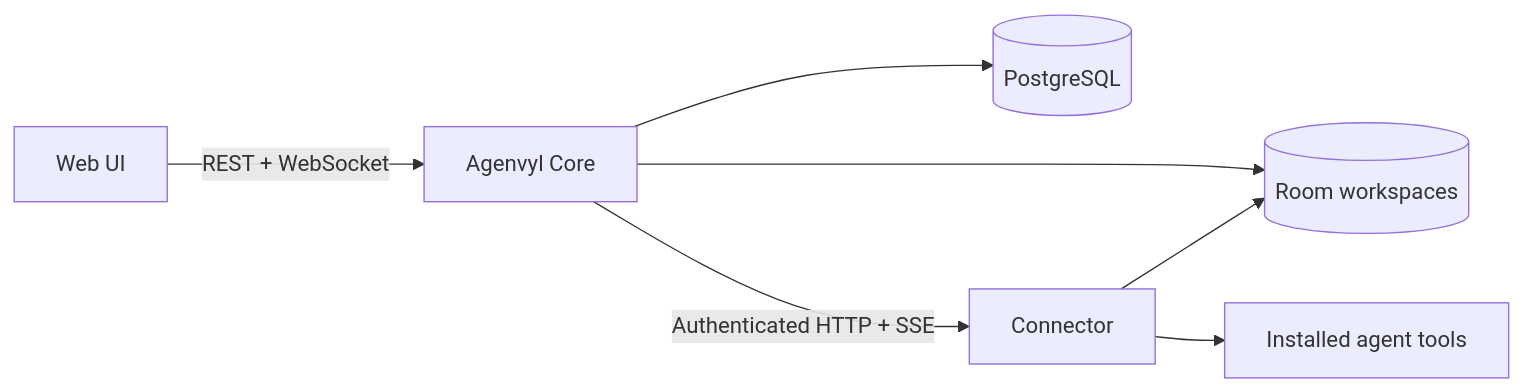
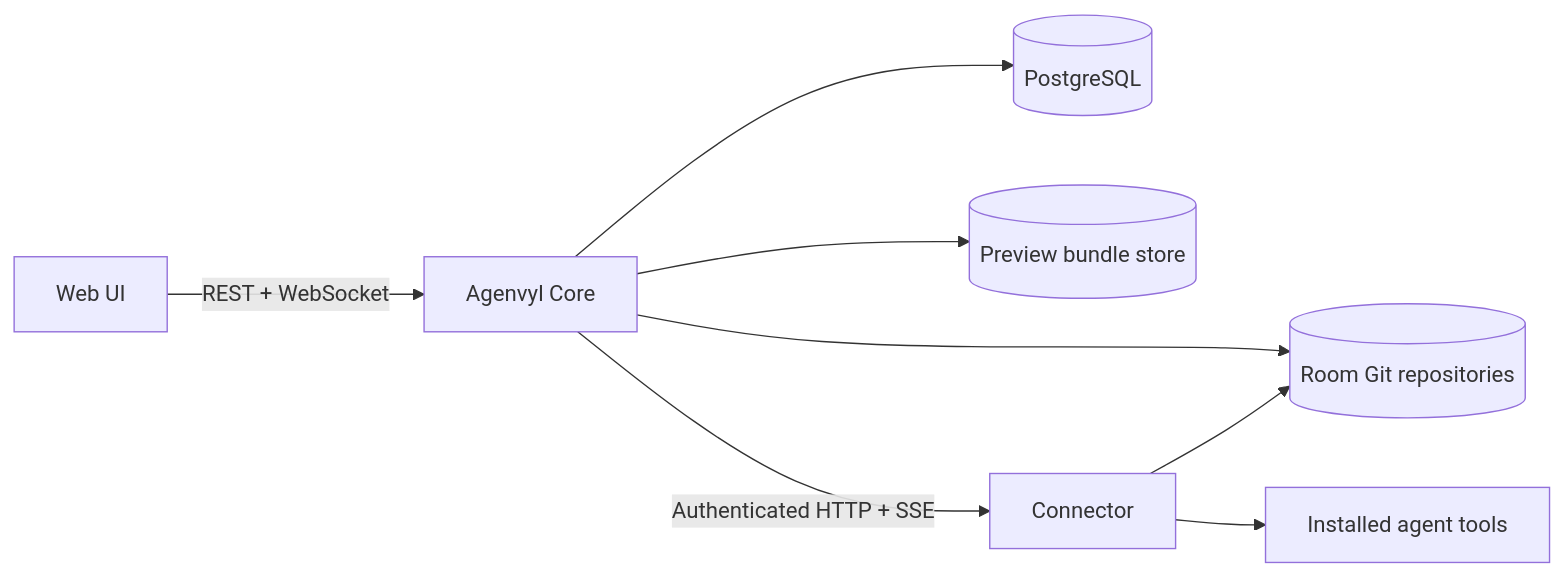
One commit to riffi/agenvyl changed the second of 4 diagrams in docs/architecture/overview.md. Above: the diagram before and after it, drawn with Mermaid. The commit also changed other lines of this file and 42 other files, not shown here.

````diff
--- a/docs/architecture/overview.md
+++ b/docs/architecture/overview.md
@@ -69,9 +87,10 @@
 ```mermaid
 flowchart LR
   Browser[Web UI] -->|REST + WebSocket| Core[Agenvyl Core]
   Core --> Database[(PostgreSQL)]
-  Core --> Workspace[(Room workspaces)]
+  Core --> Workspace[(Room Git repositories)]
+  Core --> Artifacts[(Preview bundle store)]
   Core -->|Authenticated HTTP + SSE| Connector[Connector]
   Connector --> Workspace
   Connector --> Harnesses[Installed agent tools]
 ```
````
